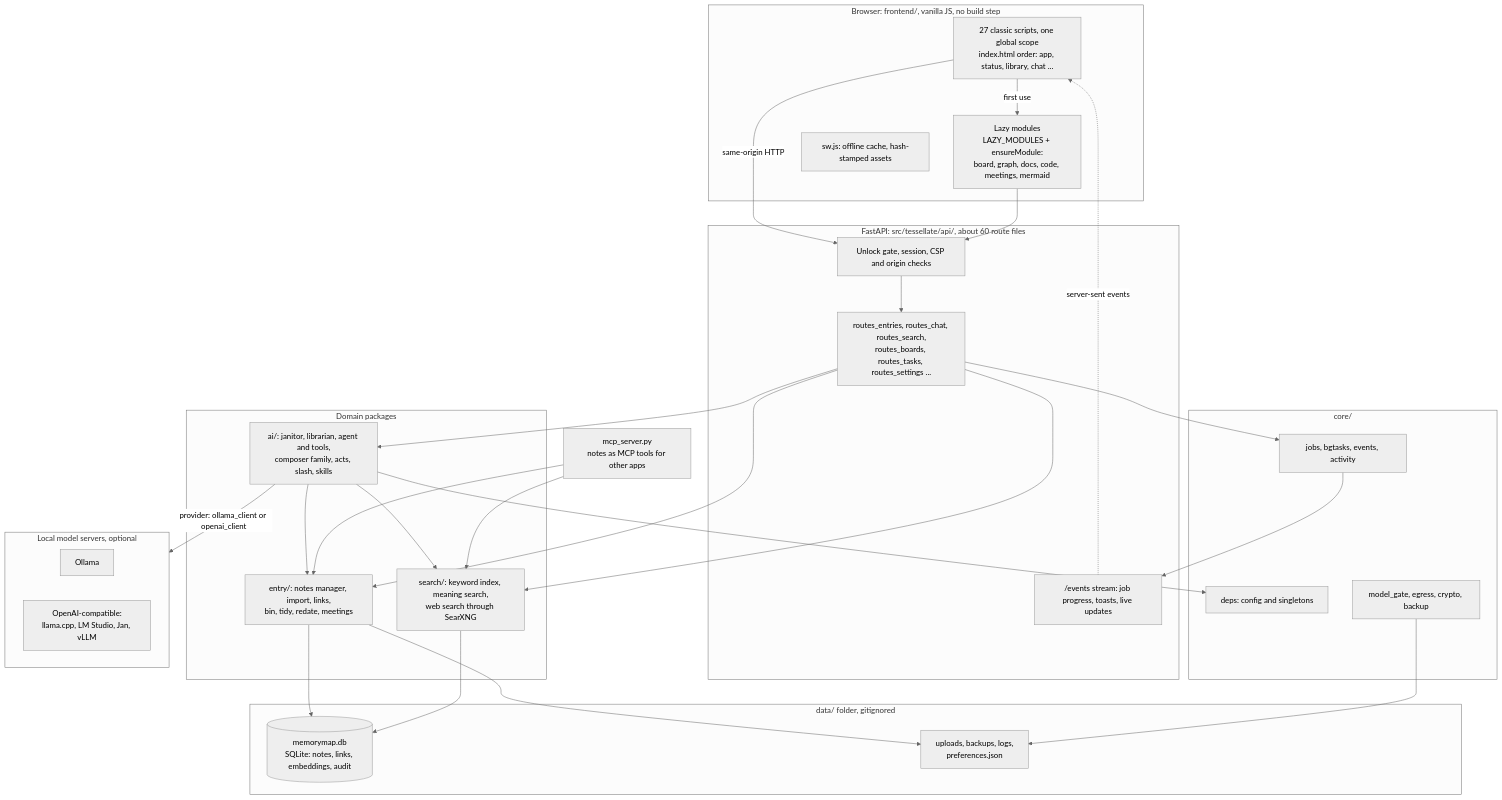
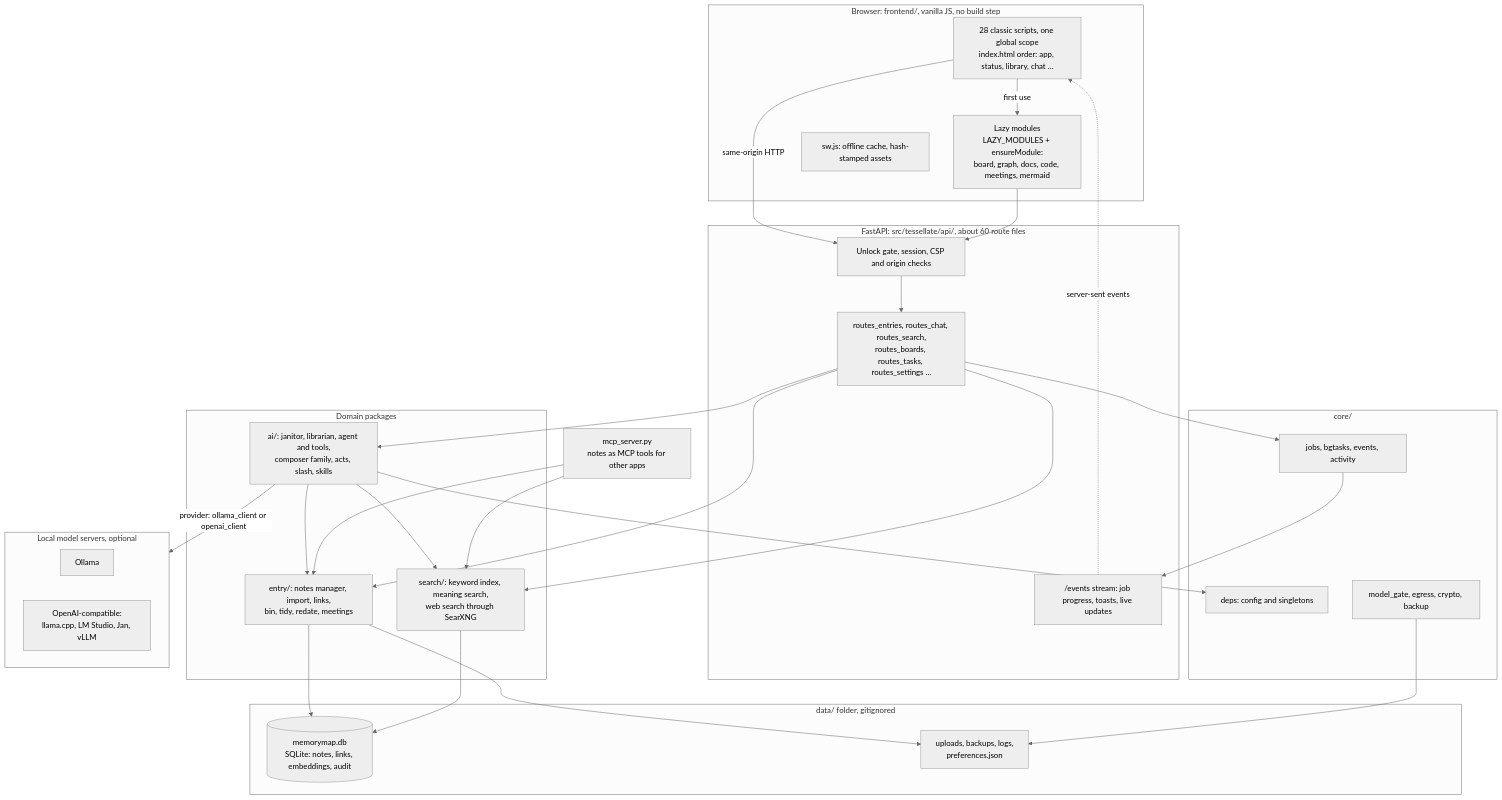
One commit to Braydenh563/Tessellate changed the first of 3 diagrams in docs/ARCHITECTURE.md. Above: the diagram before and after it, drawn with Mermaid (neutral theme). The commit also changed other lines of this file and 12 other files, not shown here.

````diff
--- a/docs/ARCHITECTURE.md
+++ b/docs/ARCHITECTURE.md
@@ -70,59 +70,59 @@
 ```mermaid
 flowchart TB
   subgraph Browser["Browser: frontend/, vanilla JS, no build step"]
-    Shell["27 classic scripts, one global scope<br/>index.html order: app, status, library, chat ..."]
+    Shell["28 classic scripts, one global scope<br/>index.html order: app, status, library, chat ..."]
     Lazy["Lazy modules<br/>LAZY_MODULES + ensureModule:<br/>board, graph, docs, code, meetings, mermaid"]
     SW["sw.js: offline cache, hash-stamped assets"]
     Shell -- "first use" --> Lazy
   end
 
   subgraph API["FastAPI: src/tessellate/api/, about 60 route files"]
     Gate["Unlock gate, session, CSP and origin checks"]
     Routes["routes_entries, routes_chat, routes_search,<br/>routes_boards, routes_tasks, routes_settings ..."]
     Events["/events stream: job progress, toasts, live updates"]
     Gate --> Routes
   end
 
   subgraph Domain["Domain packages"]
     Entry["entry/: notes manager, import, links,<br/>bin, tidy, redate, meetings"]
     AI["ai/: janitor, librarian, agent and tools,<br/>composer family, acts, slash, skills"]
     Search["search/: keyword index, meaning search,<br/>web search through SearXNG"]
   end
 
   subgraph Core["core/"]
     Deps["deps: config and singletons"]
     Jobs["jobs, bgtasks, events, activity"]
     Gatekeep["model_gate, egress, crypto, backup"]
   end
 
   subgraph Data["data/ folder, gitignored"]
     DB[("memorymap.db<br/>SQLite: notes, links, embeddings, audit")]
     Files["uploads, backups, logs,<br/>preferences.json"]
   end
 
   subgraph Models["Local model servers, optional"]
     Ollama["Ollama"]
     OAI["OpenAI-compatible:<br/>llama.cpp, LM Studio, Jan, vLLM"]
   end
 
   MCP["mcp_server.py<br/>notes as MCP tools for other apps"]
 
   Shell -- "same-origin HTTP" --> Gate
   Lazy --> Gate
   Events -. "server-sent events" .-> Shell
   Routes --> Entry
   Routes --> AI
   Routes --> Search
   AI --> Search
   AI --> Entry
   AI -- "provider: ollama_client or openai_client" --> Models
   Entry --> DB
   Search --> DB
   AI --> Deps
   Routes --> Jobs
   Jobs --> Events
   Entry --> Files
   Gatekeep --> Files
   MCP --> Entry
   MCP --> Search
 ```
````
